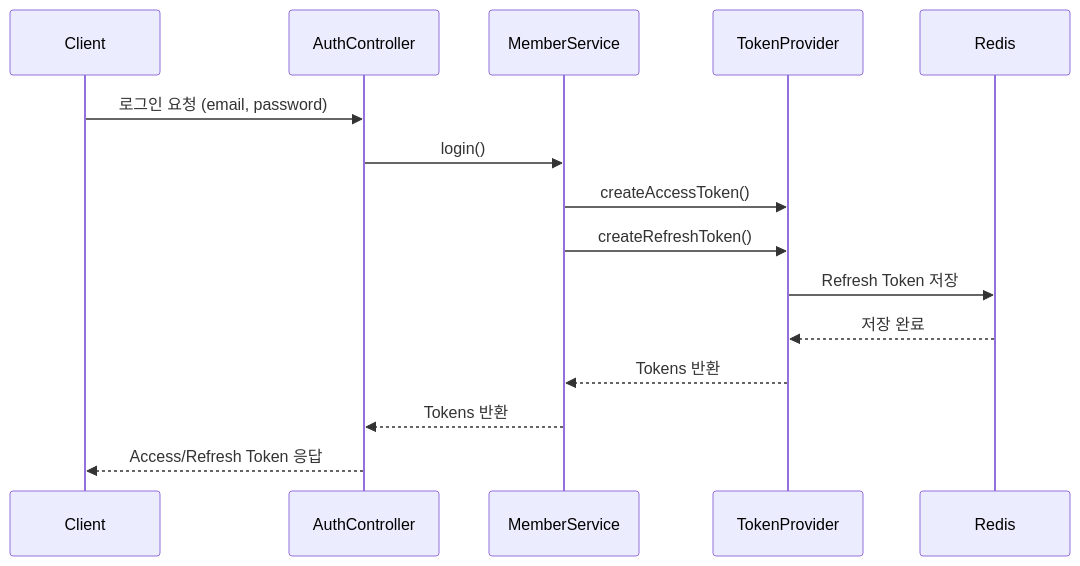
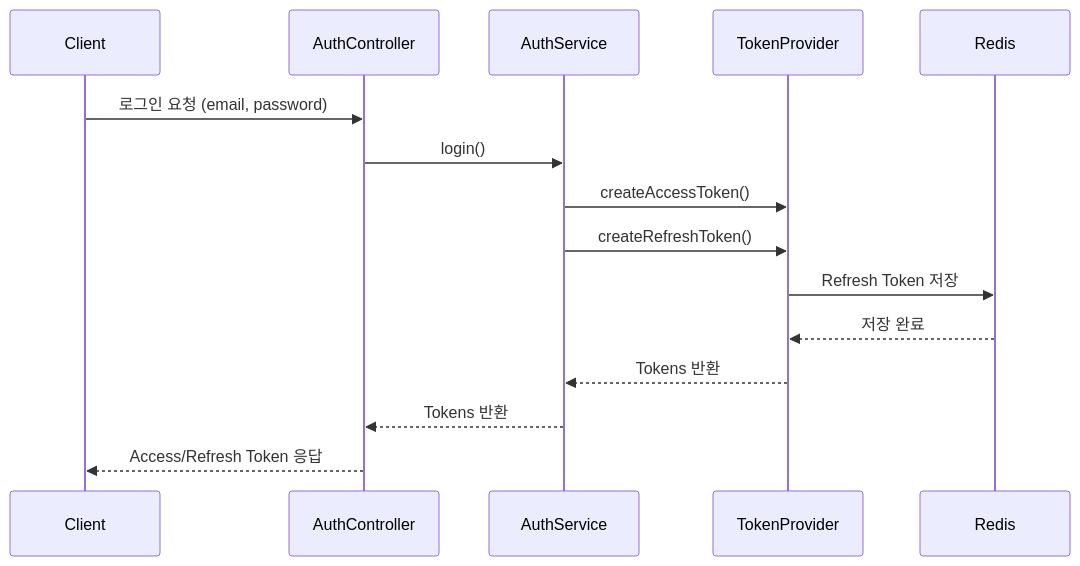
One commit to imyoi/kb-healthcare-assignment changed the first of 2 diagrams in README.md. Above: the diagram before and after it, drawn with Mermaid. The commit also changed other lines of this file and 1 other file, not shown here.

Commit message:
docs: README 점검 및 데이터 조회 결과 (recordKey별)

````diff
--- a/README.md
+++ b/README.md
@@ -90,18 +90,18 @@
 ```mermaid
 sequenceDiagram
     participant Client
     participant AuthController
-    participant MemberService
+    participant AuthService
     participant TokenProvider
     participant Redis
 
     Client->>AuthController: 로그인 요청 (email, password)
-    AuthController->>MemberService: login()
-    MemberService->>TokenProvider: createAccessToken()
-    MemberService->>TokenProvider: createRefreshToken()
+    AuthController->>AuthService: login()
+    AuthService->>TokenProvider: createAccessToken()
+    AuthService->>TokenProvider: createRefreshToken()
     TokenProvider->>Redis: Refresh Token 저장
     Redis-->>TokenProvider: 저장 완료
-    TokenProvider-->>MemberService: Tokens 반환
-    MemberService-->>AuthController: Tokens 반환
+    TokenProvider-->>AuthService: Tokens 반환
+    AuthService-->>AuthController: Tokens 반환
     AuthController-->>Client: Access/Refresh Token 응답
 ```
````
